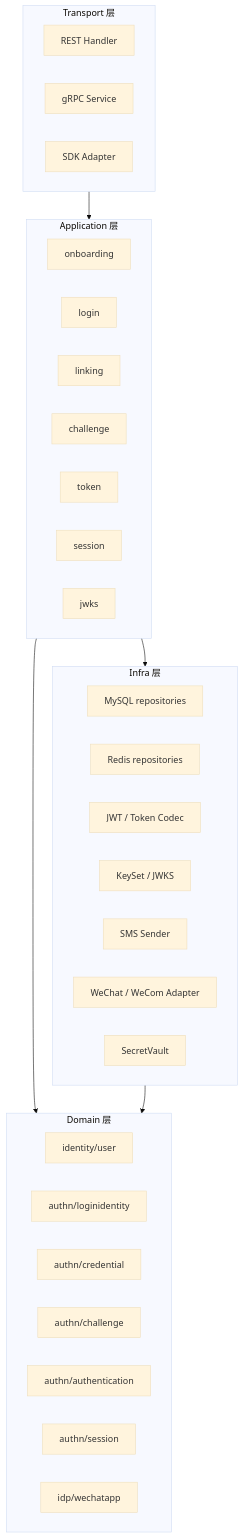
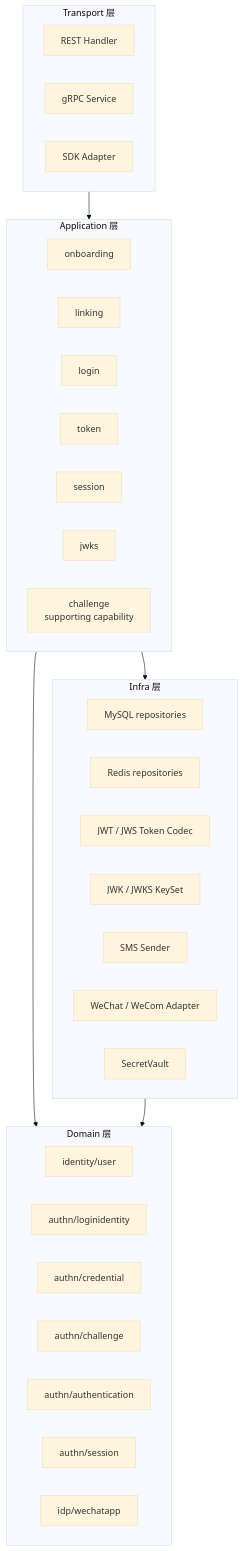
One commit to FangcunMount/iam changed the diagram in docs/02-认证AuthN/08-AuthN分层架构与事实源索引.md. Above: the diagram before and after it, drawn with Mermaid (base theme). The commit also changed other lines of this file and 11 other files, not shown here.

````diff
--- a/docs/02-认证AuthN/08-AuthN分层架构与事实源索引.md
+++ b/docs/02-认证AuthN/08-AuthN分层架构与事实源索引.md
@@ -184,43 +217,43 @@
 ```mermaid
 flowchart TB
     subgraph Transport[Transport 层]
         REST[REST Handler]
         GRPC[gRPC Service]
         SDK[SDK Adapter]
     end
 
     subgraph Application[Application 层]
         ONB[onboarding]
+        LINK[linking]
         LOGIN[login]
-        LINK[linking]
-        CHAPP[challenge]
         TOKEN[token]
         SESSIONAPP[session]
         JWKSAPP[jwks]
+        CHAPP[challenge<br/>supporting capability]
     end
 
     subgraph Domain[Domain 层]
         USER[identity/user]
         LI[authn/loginidentity]
         CRED[authn/credential]
         CH[authn/challenge]
         AUTH[authn/authentication]
         SESS[authn/session]
         IDPAPP[idp/wechatapp]
     end
 
     subgraph Infra[Infra 层]
         MYSQL[MySQL repositories]
         REDIS[Redis repositories]
-        JWT[JWT / Token Codec]
-        KEYSET[KeySet / JWKS]
+        JWT[JWT / JWS Token Codec]
+        KEYSET[JWK / JWKS KeySet]
         SMS[SMS Sender]
         IDP[WeChat / WeCom Adapter]
         VAULT[SecretVault]
     end
 
     Transport --> Application
     Application --> Domain
     Application --> Infra
     Infra --> Domain
 ```
````
